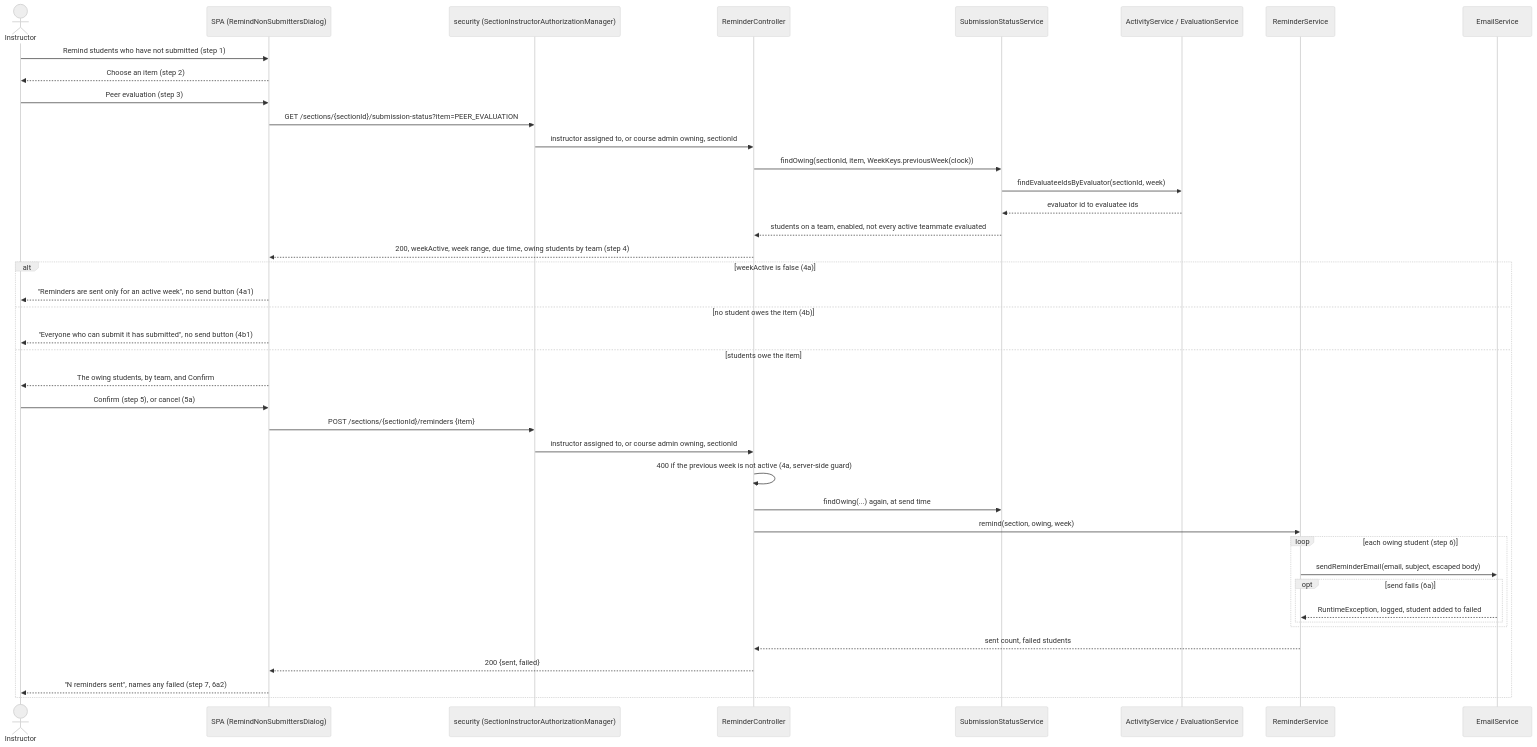
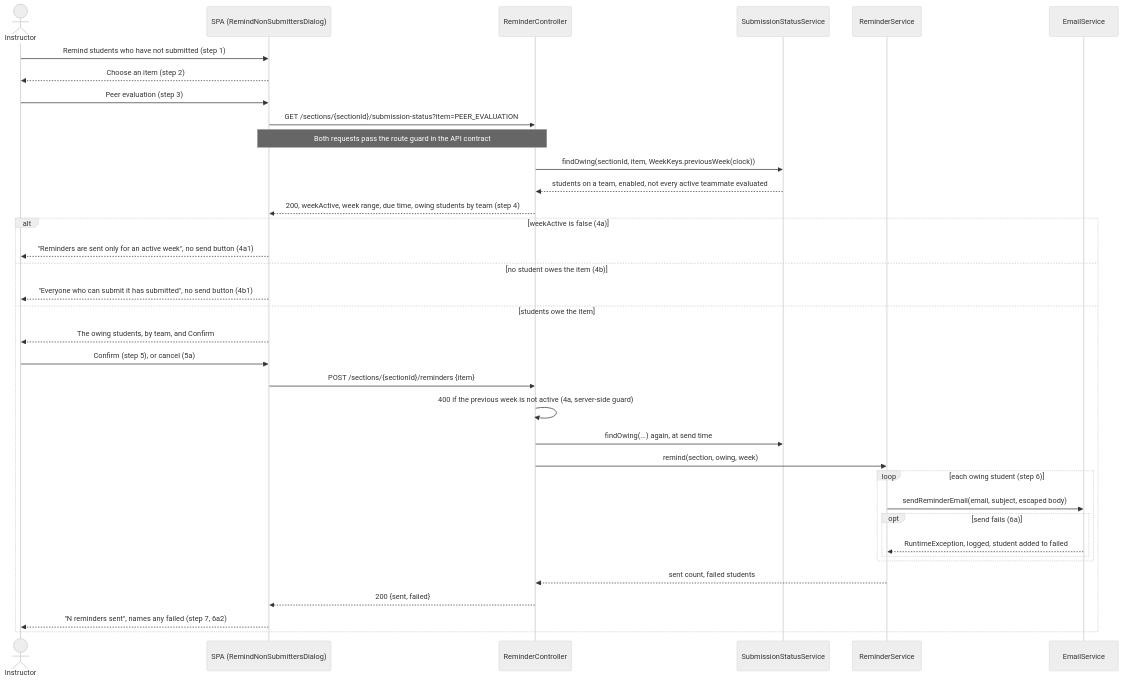
Before and after one commit to Washingtonwei/project-pulse: the second of 3 diagrams in docs/design/not.md, drawn with Mermaid (neutral theme).

Commit message:
docs(not): drop the security and merged-service lifelines from the on-demand sequence
Authorization is a precondition owned by the API contract's Caller column,
not a message; one lifeline for two services is not a UML object, and the
class diagram already owns that dependency.

````diff
--- a/docs/design/not.md
+++ b/docs/design/not.md
@@ -86,43 +86,38 @@
 ```mermaid
 sequenceDiagram
     actor I as Instructor
     participant SPA as SPA (RemindNonSubmittersDialog)
-    participant SEC as security (SectionInstructorAuthorizationManager)
     participant RC as ReminderController
     participant SS as SubmissionStatusService
-    participant AE as ActivityService / EvaluationService
     participant RS as ReminderService
     participant EM as EmailService
     I->>SPA: Remind students who have not submitted (step 1)
     SPA-->>I: Choose an item (step 2)
     I->>SPA: Peer evaluation (step 3)
-    SPA->>SEC: GET /sections/{sectionId}/submission-status?item=PEER_EVALUATION
-    SEC->>RC: instructor assigned to, or course admin owning, sectionId
+    SPA->>RC: GET /sections/{sectionId}/submission-status?item=PEER_EVALUATION
+    Note over SPA,RC: Both requests pass the route guard in the API contract
     RC->>SS: findOwing(sectionId, item, WeekKeys.previousWeek(clock))
-    SS->>AE: findEvaluateeIdsByEvaluator(sectionId, week)
-    AE-->>SS: evaluator id to evaluatee ids
     SS-->>RC: students on a team, enabled, not every active teammate evaluated
     RC-->>SPA: 200, weekActive, week range, due time, owing students by team (step 4)
     alt weekActive is false (4a)
         SPA-->>I: "Reminders are sent only for an active week", no send button (4a1)
     else no student owes the item (4b)
         SPA-->>I: "Everyone who can submit it has submitted", no send button (4b1)
     else students owe the item
         SPA-->>I: The owing students, by team, and Confirm
         I->>SPA: Confirm (step 5), or cancel (5a)
-        SPA->>SEC: POST /sections/{sectionId}/reminders {item}
-        SEC->>RC: instructor assigned to, or course admin owning, sectionId
+        SPA->>RC: POST /sections/{sectionId}/reminders {item}
         RC->>RC: 400 if the previous week is not active (4a, server-side guard)
         RC->>SS: findOwing(...) again, at send time
         RC->>RS: remind(section, owing, week)
         loop each owing student (step 6)
             RS->>EM: sendReminderEmail(email, subject, escaped body)
             opt send fails (6a)
                 EM-->>RS: RuntimeException, logged, student added to failed
             end
         end
         RS-->>RC: sent count, failed students
         RC-->>SPA: 200 {sent, failed}
         SPA-->>I: "N reminders sent", names any failed (step 7, 6a2)
     end
 ```
````
